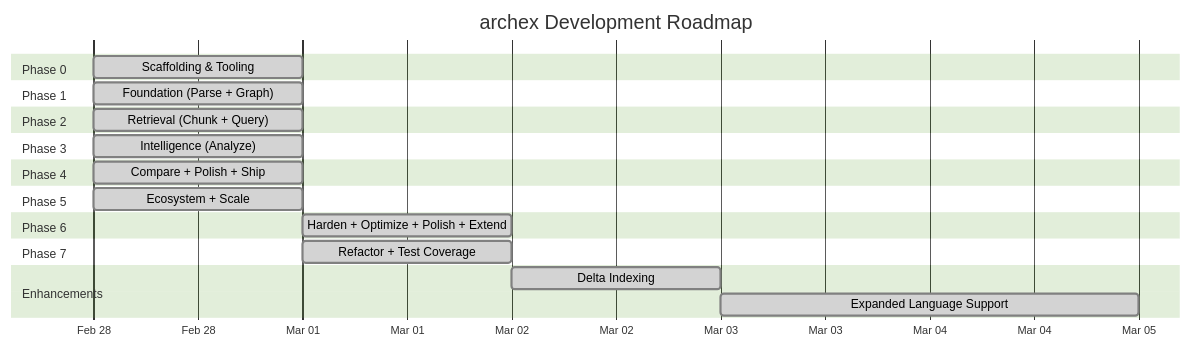
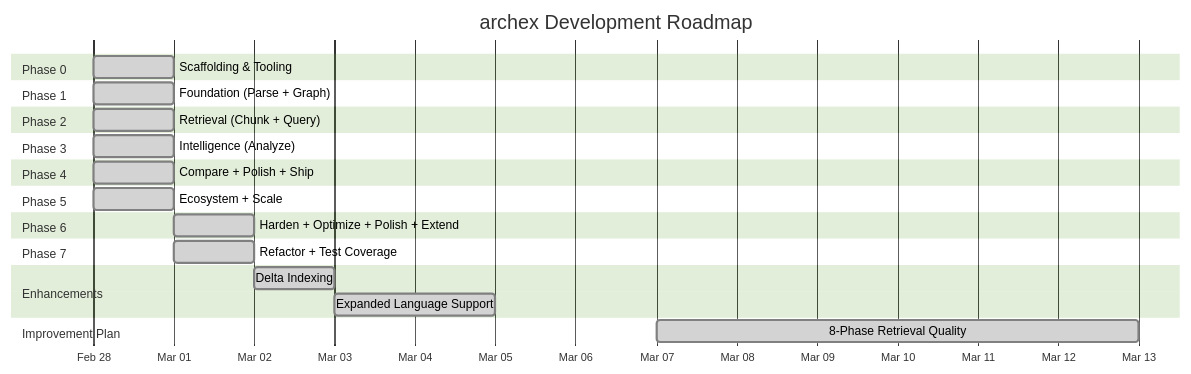
The diagram in docs/ROADMAP.md (marifl/archex), drawn with Mermaid (forest theme) before and after one commit. The commit also changed other lines of this file and 3 other files, not shown here.

First line of the commit message:
docs: update benchmarks, changelog, and roadmap for v0.6.0 (#57)

````diff
--- a/docs/ROADMAP.md
+++ b/docs/ROADMAP.md
@@ -9,34 +9,37 @@
 ```mermaid
 gantt
     title archex Development Roadmap
     dateFormat  YYYY-MM-DD
     axisFormat  %b %d
 
     section Phase 0
     Scaffolding & Tooling           :done, p0, 2026-02-28, 1d
 
     section Phase 1
     Foundation (Parse + Graph)      :done, p1, 2026-02-28, 1d
 
     section Phase 2
     Retrieval (Chunk + Query)       :done, p2, 2026-02-28, 1d
 
     section Phase 3
     Intelligence (Analyze)          :done, p3, 2026-02-28, 1d
 
     section Phase 4
     Compare + Polish + Ship         :done, p4, 2026-02-28, 1d
 
     section Phase 5
     Ecosystem + Scale               :done, p5, 2026-02-28, 1d
 
     section Phase 6
     Harden + Optimize + Polish + Extend :done, p6, 2026-03-01, 1d
 
     section Phase 7
     Refactor + Test Coverage            :done, p7, 2026-03-01, 1d
 
     section Enhancements
     Delta Indexing                       :done, e5, 2026-03-02, 1d
     Expanded Language Support            :done, e7, 2026-03-03, 2d
+
+    section Improvement Plan
+    8-Phase Retrieval Quality       :done, ip1, 2026-03-07, 6d
 ```
````
